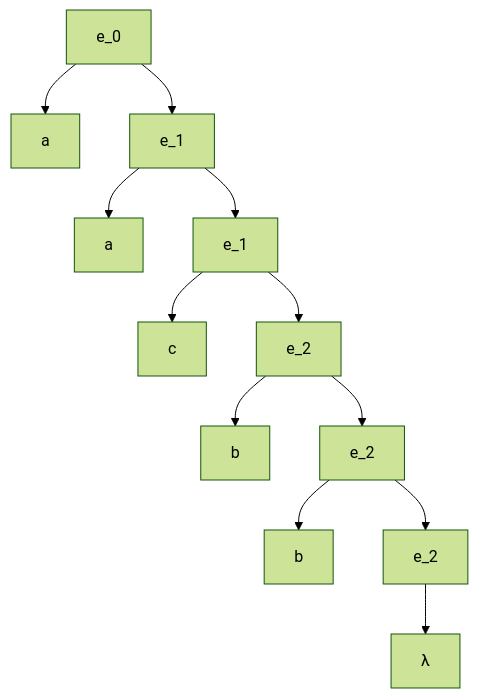
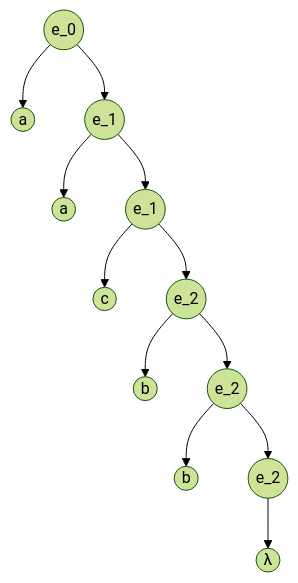
One commit to 3dl3rw0lf/ssl changed the fourth of 18 diagrams in t_p/TRABAJO PRÁCTICO_parte_b.md. Above: the diagram before and after it, drawn with Mermaid (forest theme). The commit also changed other lines of this file and 1 other file, not shown here.

````diff
--- a/t_p/TRABAJO PRÁCTICO_parte_b.md
+++ b/t_p/TRABAJO PRÁCTICO_parte_b.md
@@ -121,14 +164,14 @@
 ```mermaid
 graph TD;
-	A[e_0] --> B[a];
-	A[e_0] --> C[e_1];
-	C[e_1] --> D[a];
-	C[e_1] --> E[e_1];
-	E[e_1] --> F[c];
-	E[e_1] --> G[e_2];
-	G[e_2] --> H[b];
-	G[e_2] --> I[e_2];
-	I[e_2] --> J[b];
-	I[e_2] --> K[e_2];
-	K[e_2] --> L[λ]
+	A((e_0)) --> B((a));
+	A((e_0)) --> C((e_1));
+	C((e_1)) --> D((a));
+	C((e_1)) --> E((e_1));
+	E((e_1)) --> F((c));
+	E((e_1)) --> G((e_2));
+	G((e_2)) --> H((b));
+	G((e_2)) --> I((e_2));
+	I((e_2)) --> J((b));
+	I((e_2)) --> K((e_2));
+	K((e_2)) --> L((λ))
 ```
````
